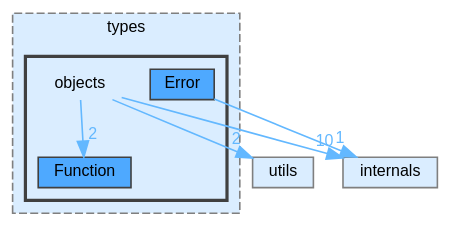
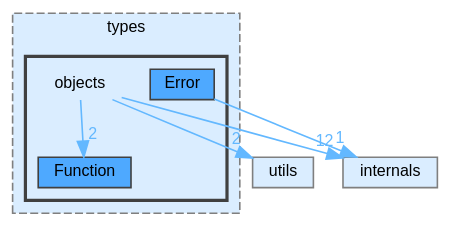
One commit to JS-CMP/JS-CMP changed the diagram in dir_6f679e7a520f311039e4f0b30094b878_dep.dot. Above: the diagram before and after it, drawn with Graphviz. The commit also changed 308 other files, not shown here.

```diff
--- a/dir_6f679e7a520f311039e4f0b30094b878_dep.dot
+++ b/dir_6f679e7a520f311039e4f0b30094b878_dep.dot
@@ -1,23 +1,23 @@
 digraph "includes/types/objects"
 {
  // LATEX_PDF_SIZE
   bgcolor="transparent";
   edge [fontname=Helvetica,fontsize=10,labelfontname=Helvetica,labelfontsize=10];
   node [fontname=Helvetica,fontsize=10,shape=box,height=0.2,width=0.4];
   compound=true
   subgraph clusterdir_00373071588607d1d83d0faa600e52a0 {
     graph [ bgcolor="#daedff", pencolor="grey50", label="types", fontname=Helvetica,fontsize=10 style="filled,dashed", URL="dir_00373071588607d1d83d0faa600e52a0.html",tooltip=""]
   subgraph clusterdir_6f679e7a520f311039e4f0b30094b878 {
     graph [ bgcolor="#daedff", pencolor="grey25", label="", fontname=Helvetica,fontsize=10 style="filled,bold", URL="dir_6f679e7a520f311039e4f0b30094b878.html",tooltip=""]
     dir_6f679e7a520f311039e4f0b30094b878 [shape=plaintext, label="objects"];
   dir_2ef48bebe70a20806f14c718942d11dc [label="Error", fillcolor="#4ea9ff", color="grey25", style="filled", URL="dir_2ef48bebe70a20806f14c718942d11dc.html",tooltip=""];
   dir_75e513d8252f1c85e54f4bb9b92b1fe7 [label="Function", fillcolor="#4ea9ff", color="grey25", style="filled", URL="dir_75e513d8252f1c85e54f4bb9b92b1fe7.html",tooltip=""];
   }
   }
   dir_3f8feeb2fa3bd0d1b751b257ed9f12a2 [label="utils", fillcolor="#daedff", color="grey50", style="filled", URL="dir_3f8feeb2fa3bd0d1b751b257ed9f12a2.html",tooltip=""];
   dir_a9d9b9bbf15479e3064110165d860e33 [label="internals", fillcolor="#daedff", color="grey50", style="filled", URL="dir_a9d9b9bbf15479e3064110165d860e33.html",tooltip=""];
-  dir_6f679e7a520f311039e4f0b30094b878->dir_3f8feeb2fa3bd0d1b751b257ed9f12a2 [headlabel="2", labeldistance=1.5 headhref="dir_000031_000048.html" href="dir_000031_000048.html" color="steelblue1" fontcolor="steelblue1"];
-  dir_6f679e7a520f311039e4f0b30094b878->dir_75e513d8252f1c85e54f4bb9b92b1fe7 [headlabel="2", labeldistance=1.5 headhref="dir_000031_000013.html" href="dir_000031_000013.html" color="steelblue1" fontcolor="steelblue1"];
-  dir_6f679e7a520f311039e4f0b30094b878->dir_a9d9b9bbf15479e3064110165d860e33 [headlabel="10", labeldistance=1.5 headhref="dir_000031_000020.html" href="dir_000031_000020.html" color="steelblue1" fontcolor="steelblue1"];
-  dir_2ef48bebe70a20806f14c718942d11dc->dir_a9d9b9bbf15479e3064110165d860e33 [headlabel="1", labeldistance=1.5 headhref="dir_000011_000020.html" href="dir_000011_000020.html" color="steelblue1" fontcolor="steelblue1"];
+  dir_6f679e7a520f311039e4f0b30094b878->dir_3f8feeb2fa3bd0d1b751b257ed9f12a2 [headlabel="2", labeldistance=1.5 headhref="dir_000032_000049.html" href="dir_000032_000049.html" color="steelblue1" fontcolor="steelblue1"];
+  dir_6f679e7a520f311039e4f0b30094b878->dir_75e513d8252f1c85e54f4bb9b92b1fe7 [headlabel="2", labeldistance=1.5 headhref="dir_000032_000014.html" href="dir_000032_000014.html" color="steelblue1" fontcolor="steelblue1"];
+  dir_6f679e7a520f311039e4f0b30094b878->dir_a9d9b9bbf15479e3064110165d860e33 [headlabel="12", labeldistance=1.5 headhref="dir_000032_000021.html" href="dir_000032_000021.html" color="steelblue1" fontcolor="steelblue1"];
+  dir_2ef48bebe70a20806f14c718942d11dc->dir_a9d9b9bbf15479e3064110165d860e33 [headlabel="1", labeldistance=1.5 headhref="dir_000012_000021.html" href="dir_000012_000021.html" color="steelblue1" fontcolor="steelblue1"];
 }
```
